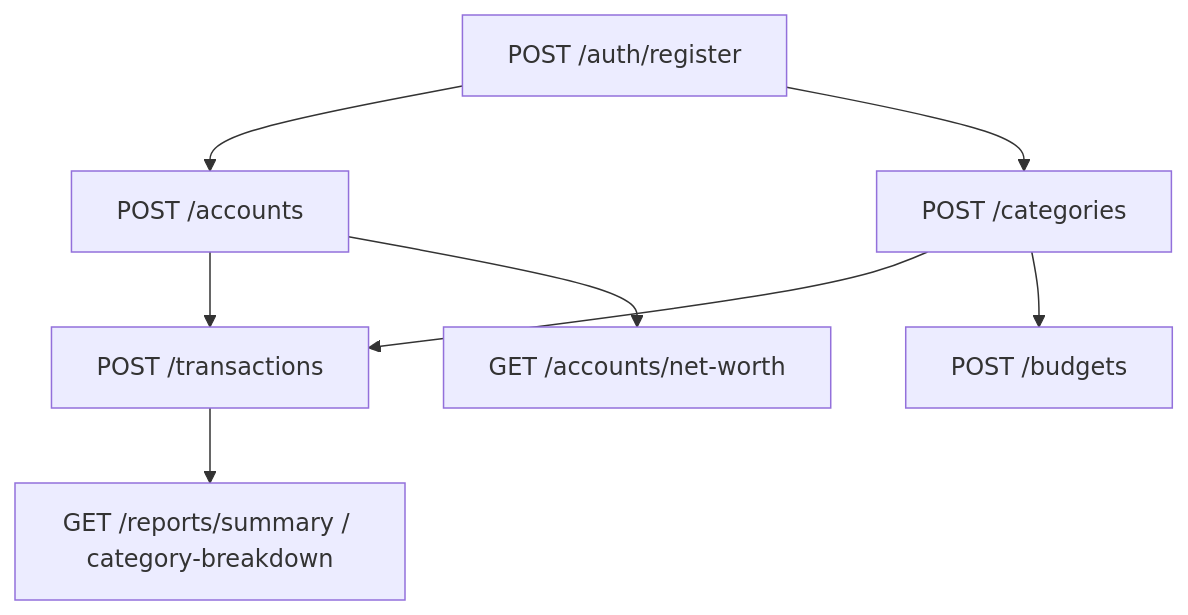
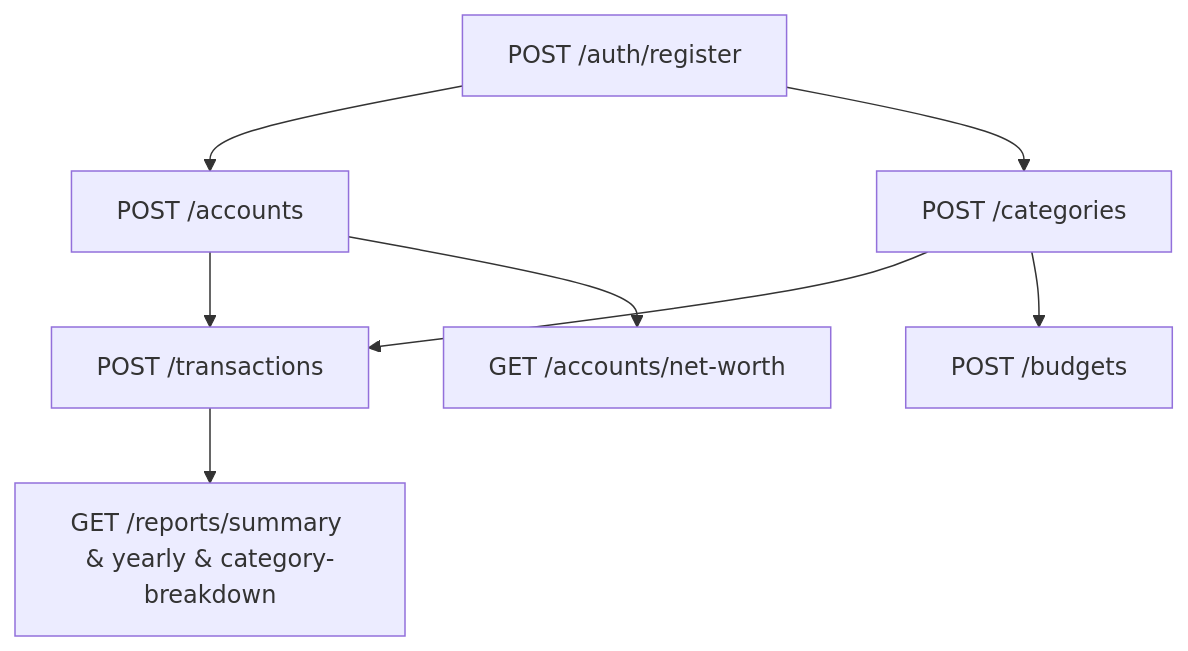
The fifth of 5 diagrams in README.md (MeanLesss/personal-finance-tracker), drawn with Mermaid before and after one commit. The commit also changed other lines of this file and 11 other files, not shown here.

````diff
--- a/README.md
+++ b/README.md
@@ -154,10 +155,10 @@
 ```mermaid
 flowchart TD
     U["POST /auth/register"] --> A["POST /accounts"]
     U --> Cat["POST /categories"]
     A --> T["POST /transactions"]
     Cat --> T
     Cat --> B["POST /budgets"]
-    T --> R["GET /reports/summary / category-breakdown"]
+    T --> R["GET /reports/summary & yearly & category-breakdown"]
     A --> N["GET /accounts/net-worth"]
 ```
````
